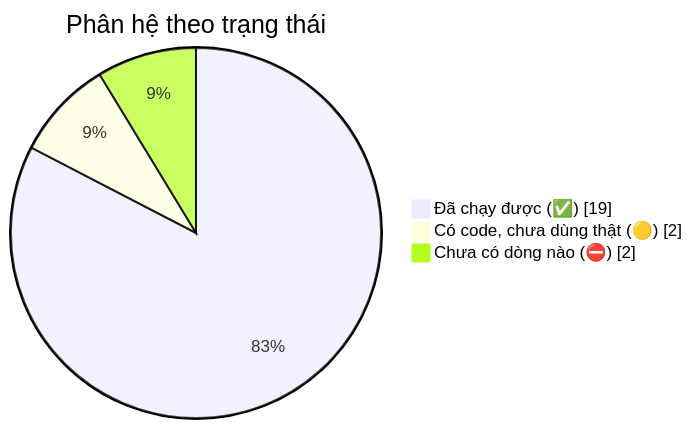
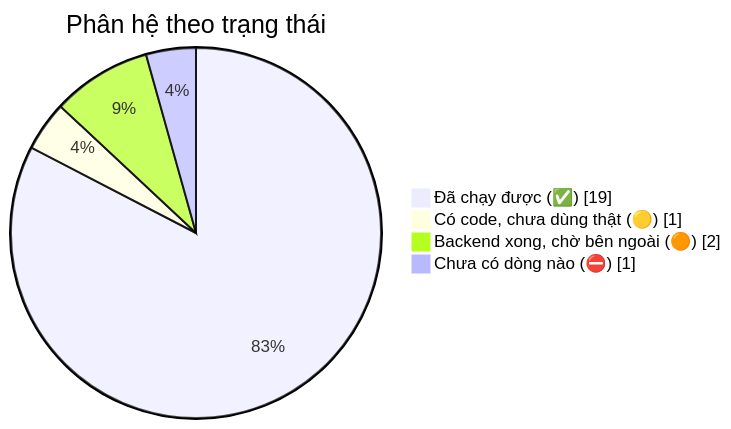
The fourth of 4 diagrams in docs/diagram/20-overview.md (fdshn/trueheart), drawn with Mermaid before and after one commit. The commit also changed other lines of this file and 7 other files, not shown here.

First line of the commit message:
docs: sửa 10 chỗ nói sai trạng thái F44, và một ô "chưa có code" bọc quanh thứ đã chạy

````diff
--- a/docs/diagram/20-overview.md
+++ b/docs/diagram/20-overview.md
@@ -142,7 +141,8 @@
 ```mermaid
 pie showData
     title Phân hệ theo trạng thái
     "Đã chạy được (✅)" : 19
-    "Có code, chưa dùng thật (🟡)" : 2
-    "Chưa có dòng nào (⛔)" : 2
+    "Có code, chưa dùng thật (🟡)" : 1
+    "Backend xong, chờ bên ngoài (🟠)" : 2
+    "Chưa có dòng nào (⛔)" : 1
 ```
````
